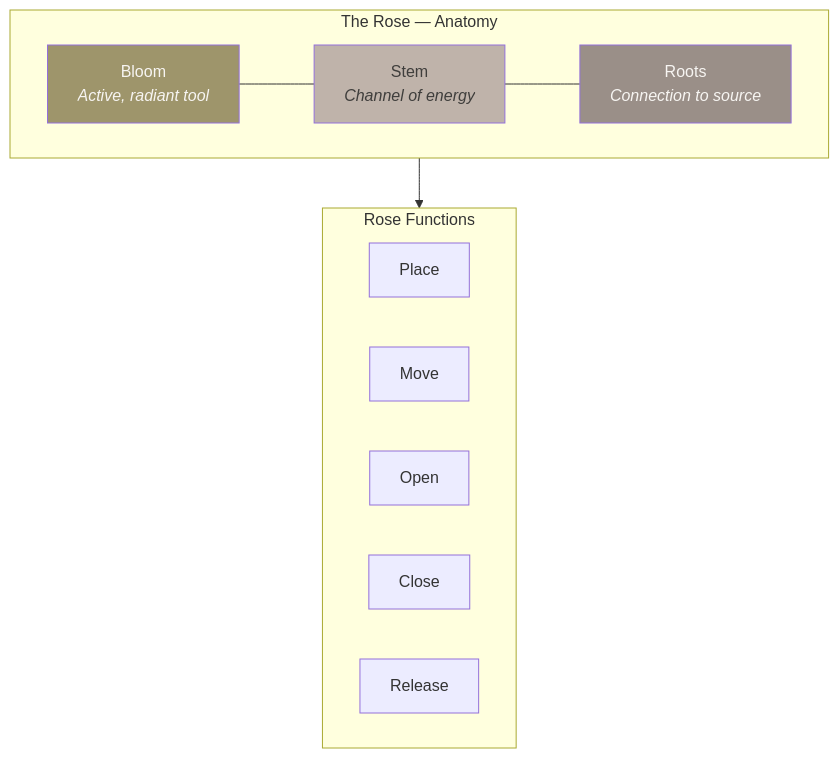
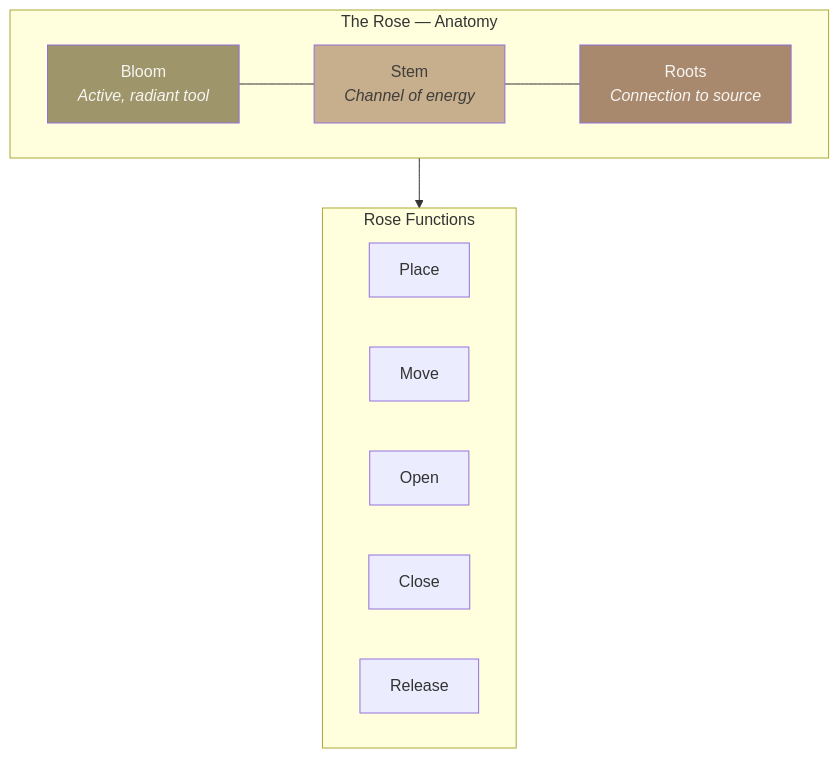
One commit to Light-Brands/roses-os changed the ninth of 28 diagrams in docs/brand/brand-dna.md. Above: the diagram before and after it, drawn with Mermaid. The commit also changed other lines of this file and 2 other files, not shown here.

````diff
--- a/docs/brand/brand-dna.md
+++ b/docs/brand/brand-dna.md
@@ -477,19 +477,19 @@
 ```mermaid
 graph TD
     subgraph ROSE["The Rose — Anatomy"]
         BLOOM["Bloom<br/><i>Active, radiant tool</i>"]
         STEM["Stem<br/><i>Channel of energy</i>"]
         ROOTS["Roots<br/><i>Connection to source</i>"]
         BLOOM --- STEM --- ROOTS
     end
 
     subgraph FUNCTIONS["Rose Functions"]
         PL["Place"] & MV["Move"] & OP["Open"] & CL["Close"] & RL["Release"]
     end
 
     ROSE --> FUNCTIONS
 
     style BLOOM fill:#9E956B,color:#F7F5F2
-    style STEM fill:#BFB3AA,color:#3F3E3C
-    style ROOTS fill:#9A8F88,color:#F7F5F2
+    style STEM fill:#C7AE8C,color:#3F3E3C
+    style ROOTS fill:#A8896D,color:#F7F5F2
 ```
````
